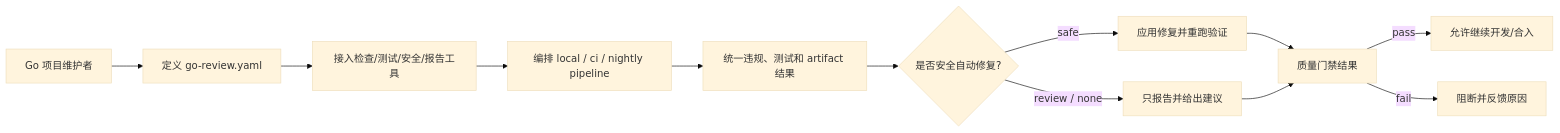
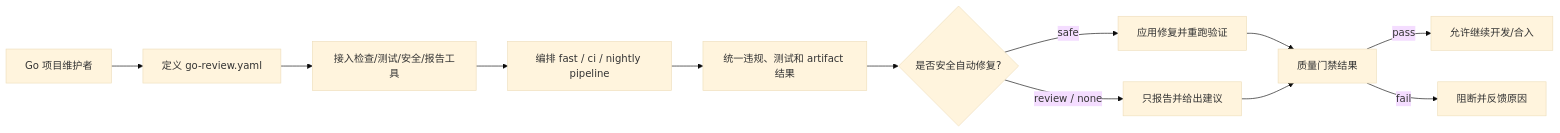
Before and after one commit to v111nce/go-review: the diagram in docs/product/go-code-quality-governance.md, drawn with Mermaid (base theme). The commit also changed other lines of this file and 24 other files, not shown here.

````diff
--- a/docs/product/go-code-quality-governance.md
+++ b/docs/product/go-code-quality-governance.md
@@ -71,14 +71,14 @@
 ```mermaid
 flowchart LR
   user[Go 项目维护者] --> config[定义 go-review.yaml]
   config --> adapters[接入检查/测试/安全/报告工具]
-  adapters --> pipeline[编排 local / ci / nightly pipeline]
+  adapters --> pipeline[编排 fast / ci / nightly pipeline]
   pipeline --> findings[统一违规、测试和 artifact 结果]
   findings --> policy{是否安全自动修复?}
   policy -->|safe| fix[应用修复并重跑验证]
   policy -->|review / none| report[只报告并给出建议]
   fix --> gate[质量门禁结果]
   report --> gate
   gate -->|pass| merge[允许继续开发/合入]
   gate -->|fail| feedback[阻断并反馈原因]
 ```
````
